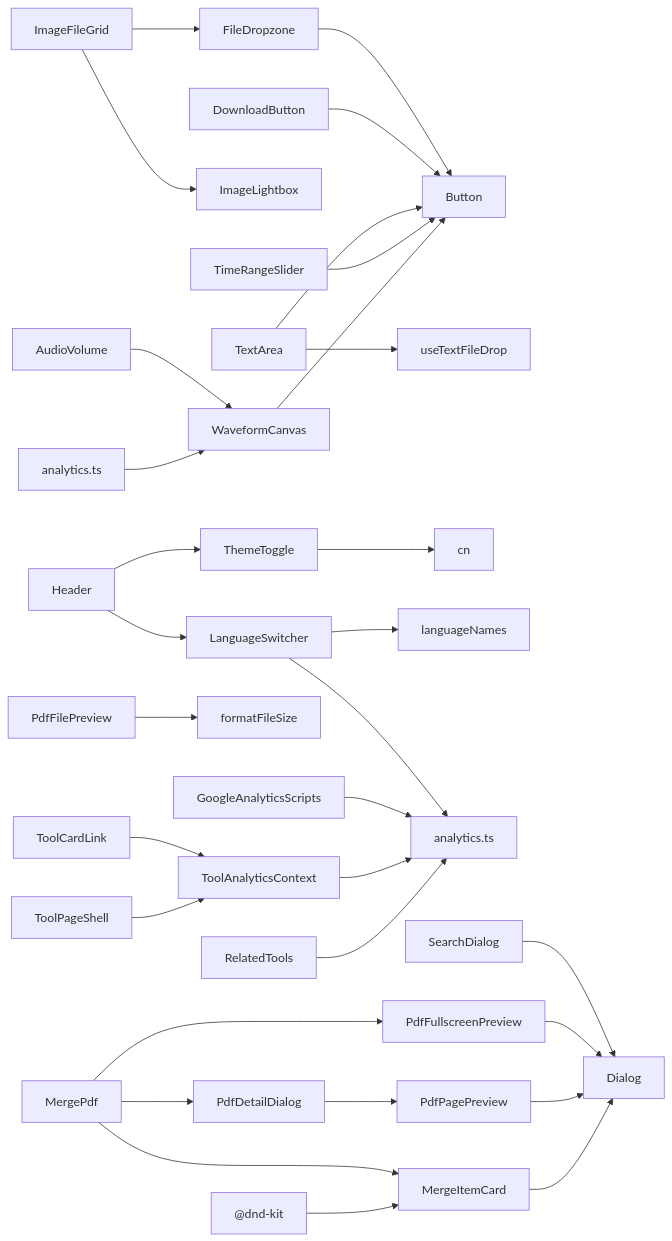
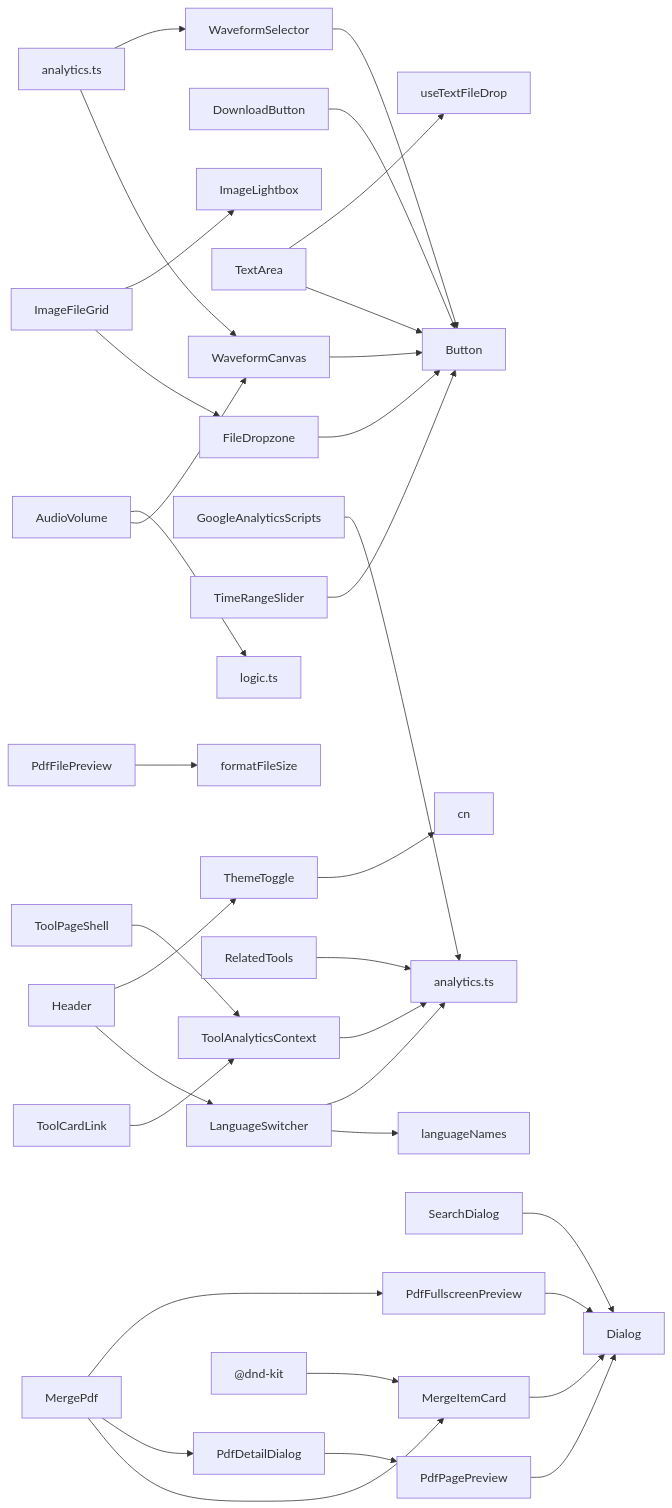
The seventh of 7 diagrams in .qoder/repowiki/zh/content/UI组件系统/共享组件/共享组件.md (sgyy/privadeck), drawn with Mermaid before and after one commit. The commit also changed other lines of this file and 4 other files, not shown here.

````diff
--- a/.qoder/repowiki/zh/content/UI组件系统/共享组件/共享组件.md
+++ b/.qoder/repowiki/zh/content/UI组件系统/共享组件/共享组件.md
@@ -1419,33 +1491,36 @@
 ```mermaid
 graph LR
 FDZ["FileDropzone"] --> BTN["Button"]
 DLB["DownloadButton"] --> BTN
 IFG["ImageFileGrid"] --> FDZ
 IFG --> ILB["ImageLightbox"]
 TA["TextArea"] --> BTN
 TA --> UTEXT["useTextFileDrop"]
 TT["ThemeToggle"] --> CN["cn"]
 LS["LanguageSwitcher"] --> LANGNAMES["languageNames"]
 LS --> ANALYTICS["analytics.ts"]
 SD["SearchDialog"] --> DLG["Dialog"]
 HDR["Header"] --> LS
 HDR --> TT
 GAS["GoogleAnalyticsScripts"] --> ANALYTICS
 TRS["TimeRangeSlider"] --> BTN
 PFP["PdfFullscreenPreview"] --> DLG
 PFPV["PdfFilePreview"] --> FS["formatFileSize"]
 PPP["PdfPagePreview"] --> DLG
 MIC["MergeItemCard"] --> DLG
 PDD["PdfDetailDialog"] --> PPP
 MPDF["MergePdf"] --> MIC
 MPDF --> PDD
 MPDF --> PFP
 TAC["ToolAnalyticsContext"] --> ANALYTICS
 TCL["ToolCardLink"] --> TAC
 TPS["ToolPageShell"] --> TAC
 RT["RelatedTools"] --> ANALYTICS
 WFC["WaveformCanvas"] --> BTN
+WFS["WaveformSelector"] --> BTN
 AV["AudioVolume"] --> WFC
+AV --> LOGIC["logic.ts"]
 AN["analytics.ts"] --> WFC
+AN --> WFS
 DK["@dnd-kit"] --> MIC
 ```
````
